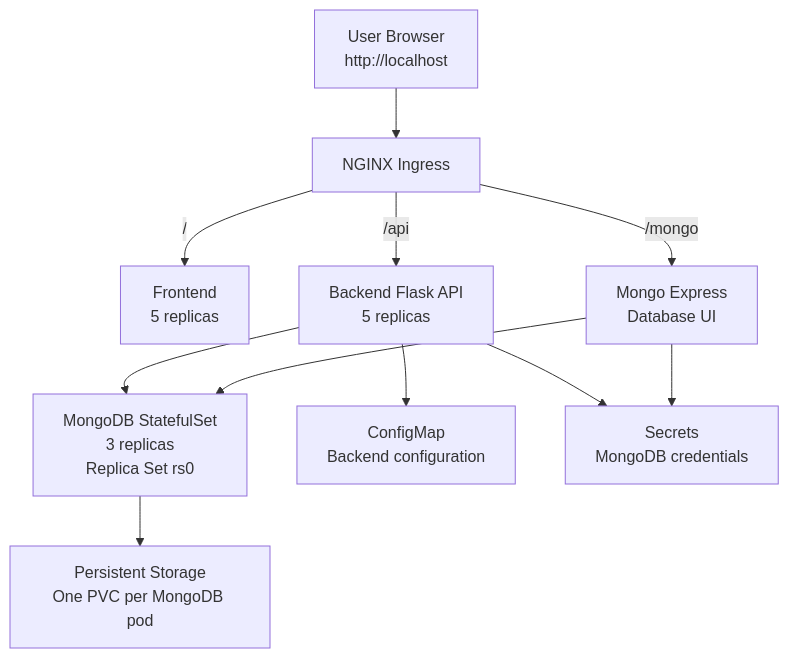
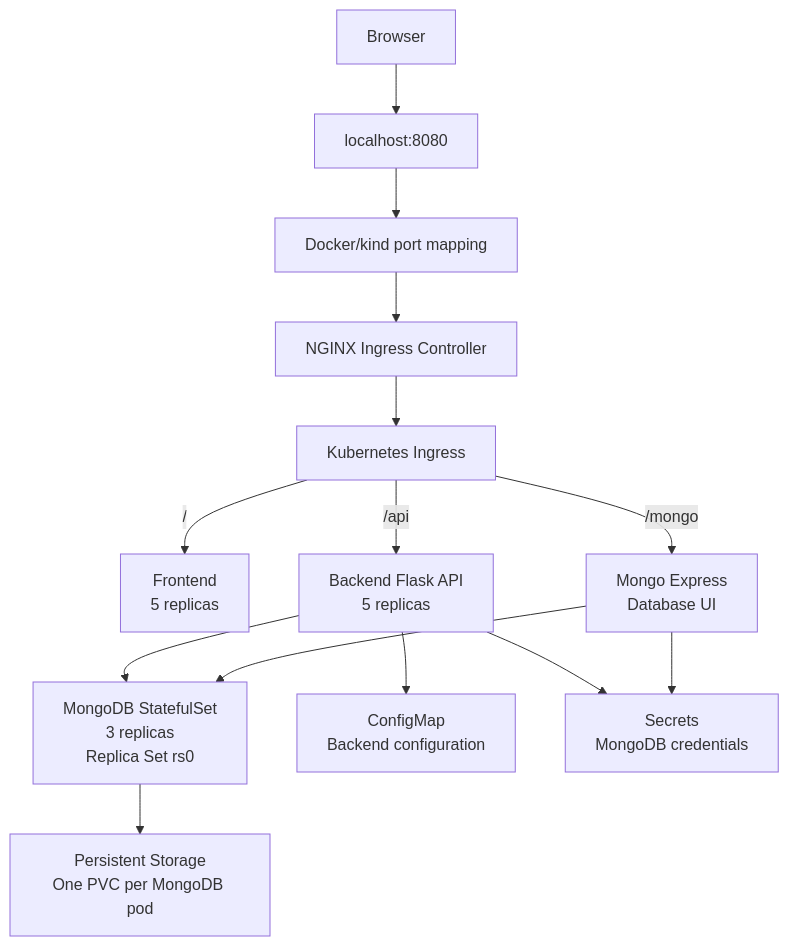
One commit to adibush/infra-repo-devops-project changed the second of 3 diagrams in ARCHITECTURE.md. Above: the diagram before and after it, drawn with Mermaid. The commit also changed other lines of this file and 3 other files, not shown here.

````diff
--- a/ARCHITECTURE.md
+++ b/ARCHITECTURE.md
@@ -31,29 +31,35 @@
 ```mermaid
 flowchart TD
-    user["User Browser<br/>http://localhost"]
-    ingress["NGINX Ingress"]
+    user["Browser"]
+    localhost["localhost:8080"]
+    portMapping["Docker/kind port mapping"]
+    nginx["NGINX Ingress Controller"]
+    ingress["Kubernetes Ingress"]
 
     frontend["Frontend<br/>5 replicas"]
     backend["Backend Flask API<br/>5 replicas"]
     mongoExpress["Mongo Express<br/>Database UI"]
 
     mongodb["MongoDB StatefulSet<br/>3 replicas<br/>Replica Set rs0"]
     pvc["Persistent Storage<br/>One PVC per MongoDB pod"]
     config["ConfigMap<br/>Backend configuration"]
     secret["Secrets<br/>MongoDB credentials"]
 
-    user --> ingress
+    user --> localhost
+    localhost --> portMapping
+    portMapping --> nginx
+    nginx --> ingress
 
     ingress -->|"/"| frontend
     ingress -->|"/api"| backend
     ingress -->|"/mongo"| mongoExpress
 
     backend --> mongodb
     mongoExpress --> mongodb
 
     backend --> config
     backend --> secret
     mongoExpress --> secret
 
     mongodb --> pvc
 ```
````
